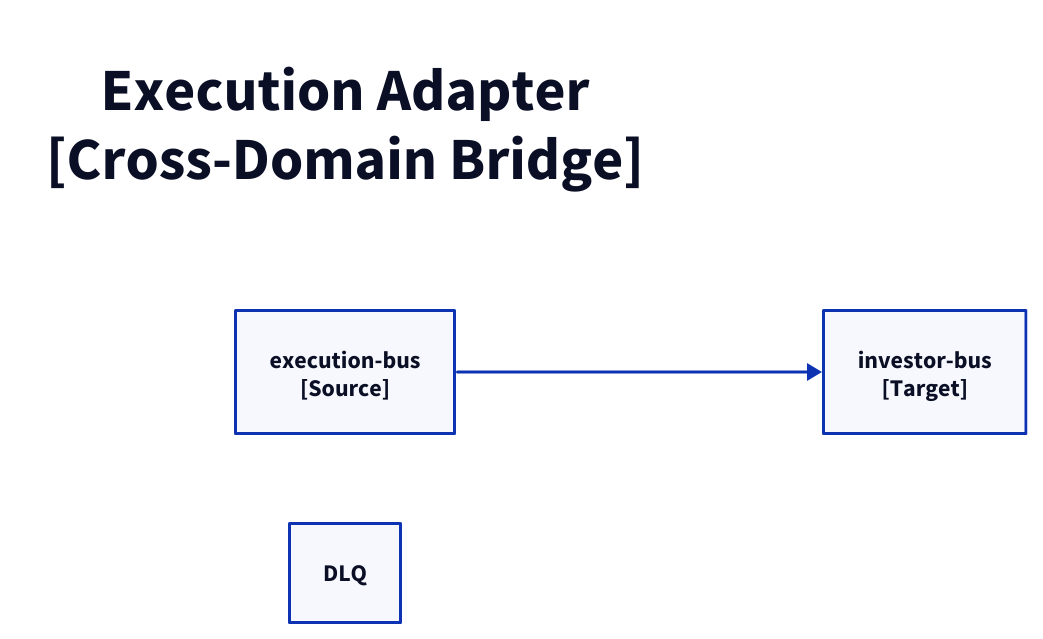
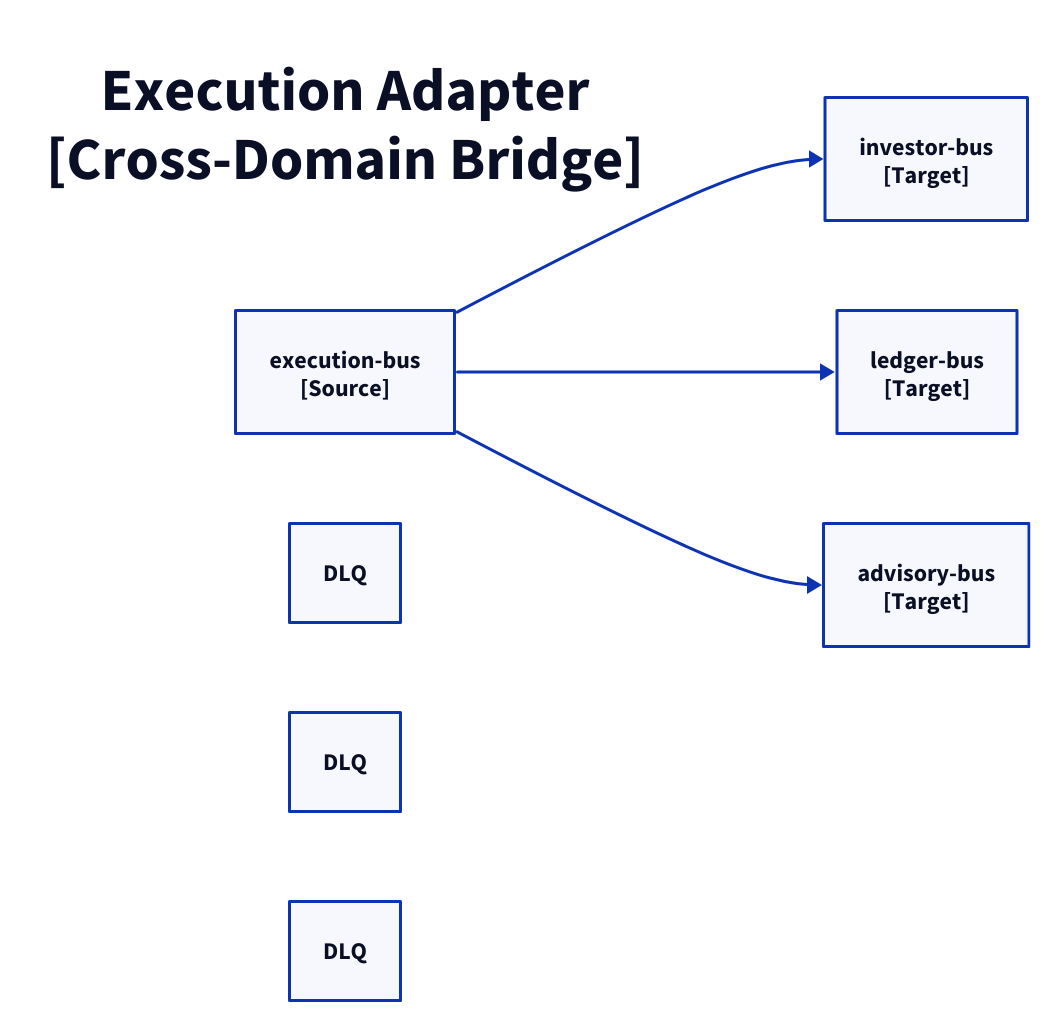
The diagram in docs/architecture/c3/execution-adpt.d2 (fabio-vitali/nestfolio), drawn with D2 before and after one commit. The commit also changed 12 other files, not shown here.

Commit message:
fix: c4 diagrams fixes

```diff
--- a/docs/architecture/c3/execution-adpt.d2
+++ b/docs/architecture/c3/execution-adpt.d2
@@ -1,13 +1,21 @@
 direction: right
 
 title: "Execution Adapter\n[Cross-Domain Bridge]" {
   style: { font-size: 40; bold: true; fill: transparent; stroke: transparent }
 }
 
 source: "execution-bus\n[Source]" { class: aws-eventbridge }
 
 to-investor: "investor-bus\n[Target]" { class: aws-eventbridge }
 to-investor-dlq: "DLQ" { class: aws-dlq }
 source -> to-investor
 
+to-ledger: "ledger-bus\n[Target]" { class: aws-eventbridge }
+to-ledger-dlq: "DLQ" { class: aws-dlq }
+source -> to-ledger
+
+to-advisory: "advisory-bus\n[Target]" { class: aws-eventbridge }
+to-advisory-dlq: "DLQ" { class: aws-dlq }
+source -> to-advisory
+
 # Flows
```
